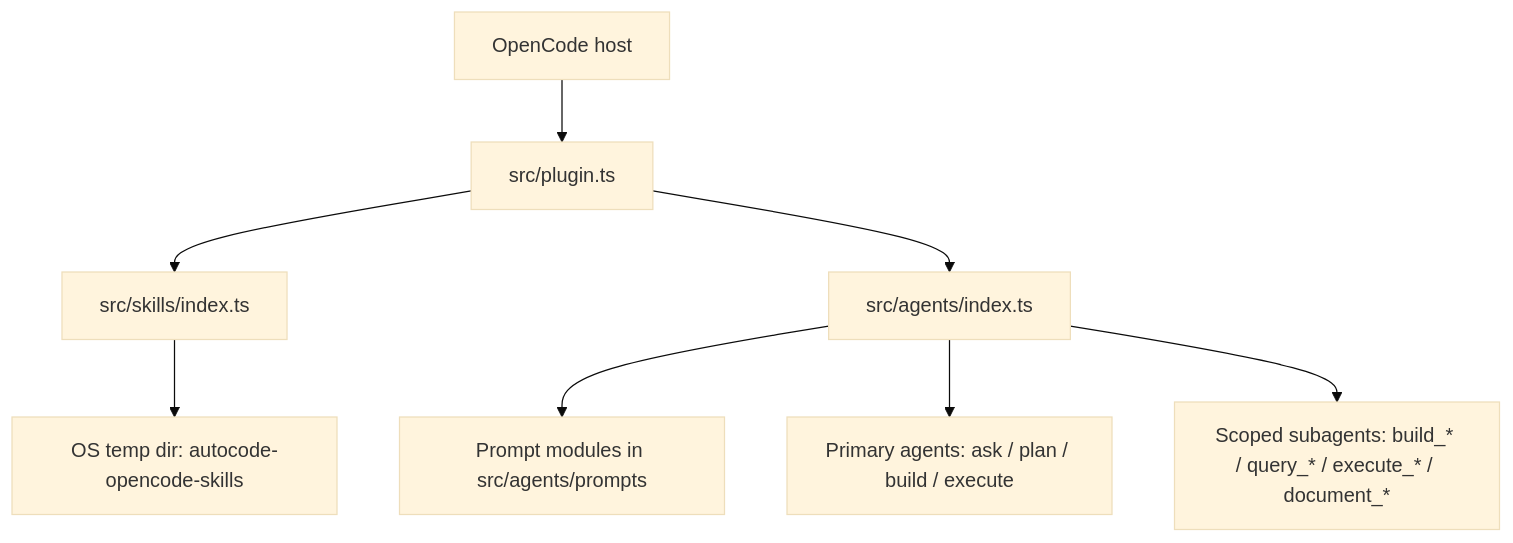
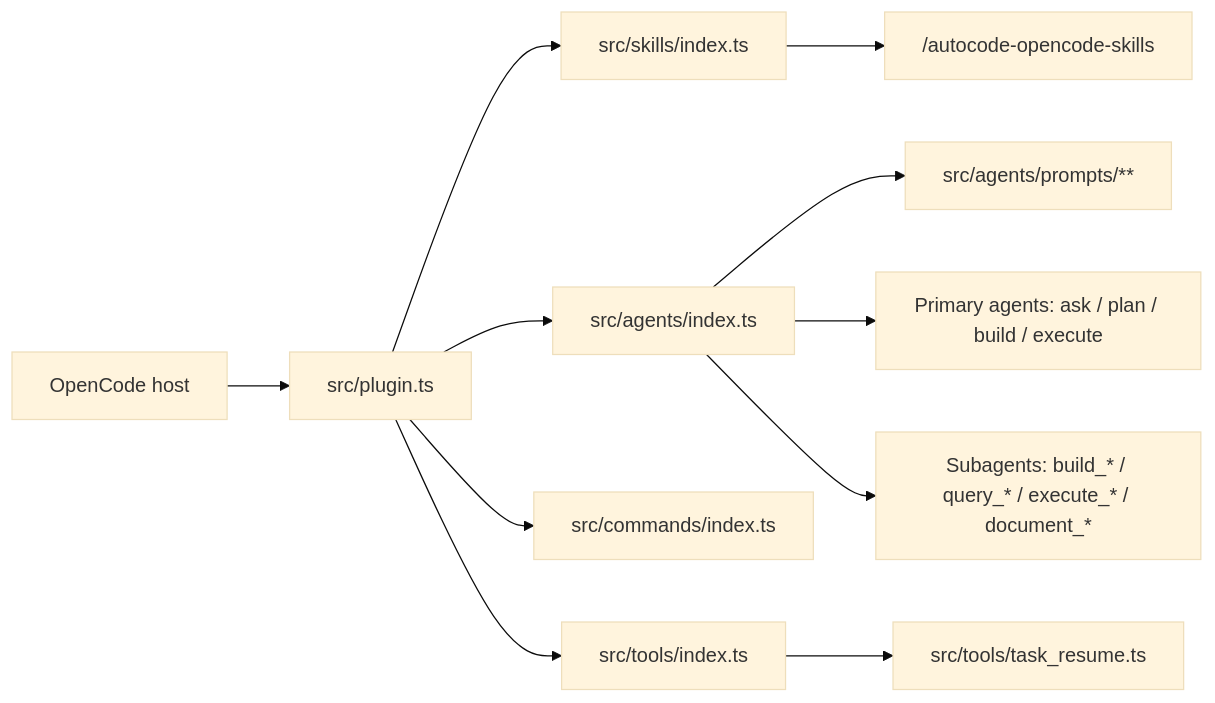
The diagram in README.md (ahumandev/auto-agents), drawn with Mermaid (base theme) before and after one commit. The commit also changed other lines of this file and 9 other files, not shown here.

````diff
--- a/README.md
+++ b/README.md
@@ -55,10 +76,15 @@
 ```mermaid
-flowchart TD
+flowchart LR
     OC[OpenCode host] --> P[src/plugin.ts]
     P --> S[src/skills/index.ts]
     P --> A[src/agents/index.ts]
-    S --> T[OS temp dir: autocode-opencode-skills]
-    A --> PR[Prompt modules in src/agents/prompts]
-    A --> TOP[Primary agents: ask / plan / build / execute]
-    A --> SUB[Scoped subagents: build_* / query_* / execute_* / document_*]
+    P --> C[src/commands/index.ts]
+    P --> T[src/tools/index.ts]
+
+    S --> TMP["/autocode-opencode-skills"]
+    A --> PR[src/agents/prompts/**]
+    T --> TR[src/tools/task_resume.ts]
+
+    A --> PA[Primary agents: ask / plan / build / execute]
+    A --> SA[Subagents: build_* / query_* / execute_* / document_*]
 ```
````
